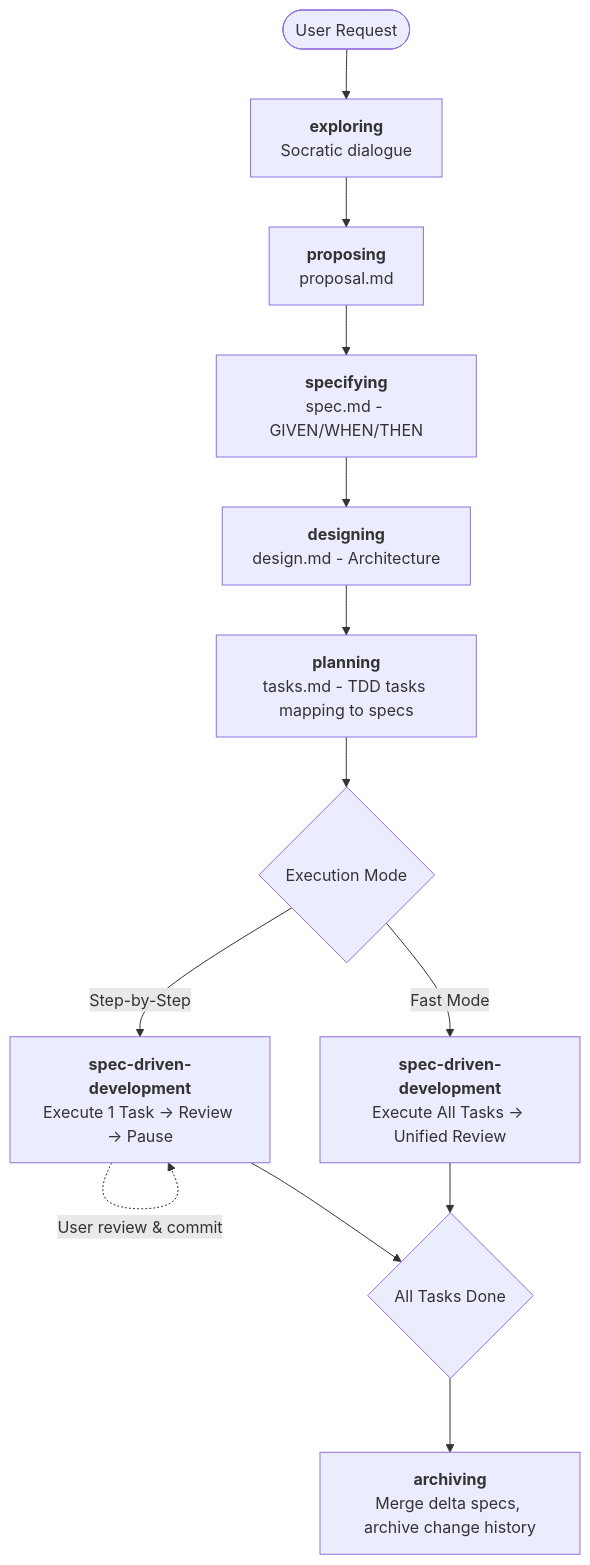
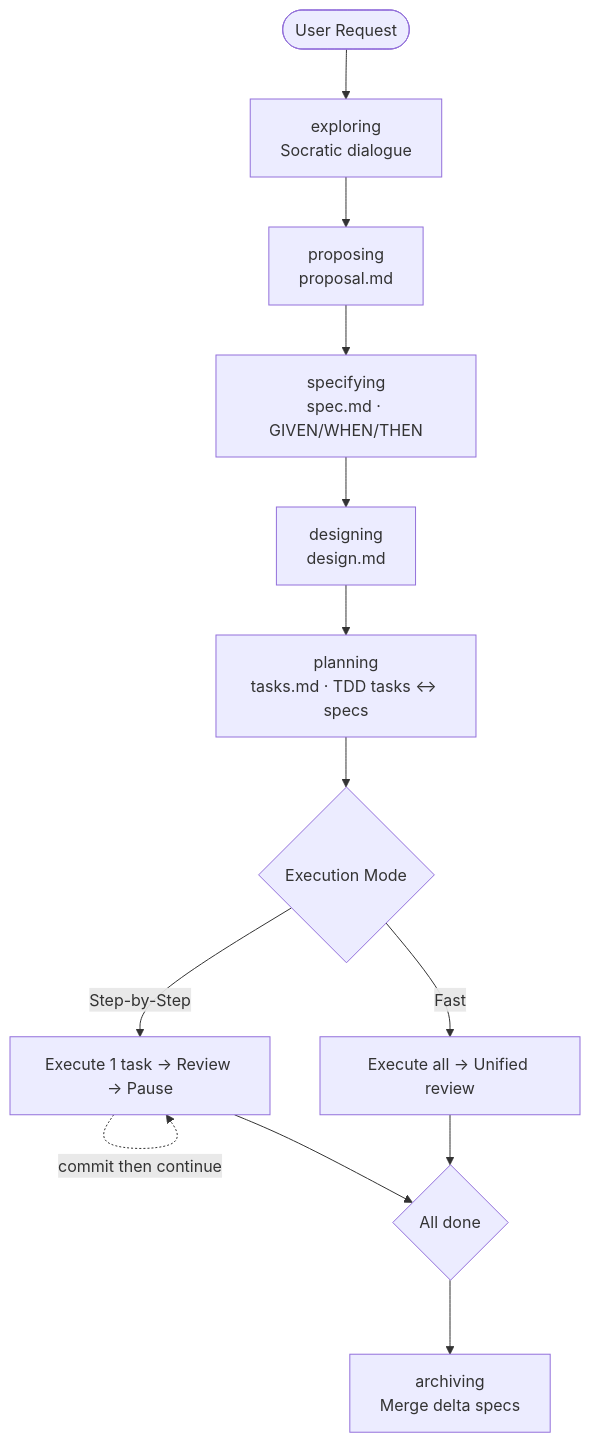
One commit to NSObjects/specpowers changed the diagram in README.md. Above: the diagram before and after it, drawn with Mermaid. The commit also changed other lines of this file and 18 other files, not shown here.

````diff
--- a/README.md
+++ b/README.md
@@ -26,18 +27,15 @@
 ```mermaid
 flowchart TD
-    Start([User Request]) --> Exploring[<b>exploring</b><br/>Socratic dialogue]
-    Exploring --> Proposing[<b>proposing</b><br/>proposal.md]
-    Proposing --> Specifying[<b>specifying</b><br/>spec.md - GIVEN/WHEN/THEN]
-    Specifying --> Designing[<b>designing</b><br/>design.md - Architecture]
-    Designing --> Planning[<b>planning</b><br/>tasks.md - TDD tasks mapping to specs]
-    
+    Start([User Request]) --> Exploring[exploring<br/>Socratic dialogue]
+    Exploring --> Proposing[proposing<br/>proposal.md]
+    Proposing --> Specifying[specifying<br/>spec.md · GIVEN/WHEN/THEN]
+    Specifying --> Designing[designing<br/>design.md]
+    Designing --> Planning[planning<br/>tasks.md · TDD tasks ↔ specs]
     Planning --> Choice{Execution Mode}
-    Choice -->|Step-by-Step| ExecStep[<b>spec-driven-development</b><br/>Execute 1 Task -> Review -> Pause]
-    Choice -->|Fast Mode| ExecFast[<b>spec-driven-development</b><br/>Execute All Tasks -> Unified Review]
-    
-    ExecStep -.->|User review & commit| ExecStep
-    ExecStep --> Complete
-    ExecFast --> Complete
-    
-    Complete{All Tasks Done} --> Archiving[<b>archiving</b><br/>Merge delta specs, archive change history]
+    Choice -->|Step-by-Step| Step[Execute 1 task → Review → Pause]
+    Choice -->|Fast| Fast[Execute all → Unified review]
+    Step -.->|commit then continue| Step
+    Step --> Done
+    Fast --> Done
+    Done{All done} --> Archiving[archiving<br/>Merge delta specs]
 ```
````
